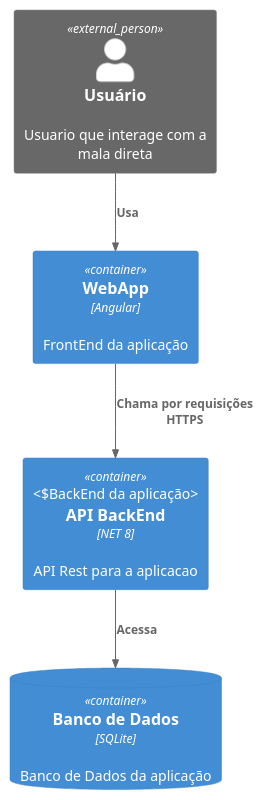
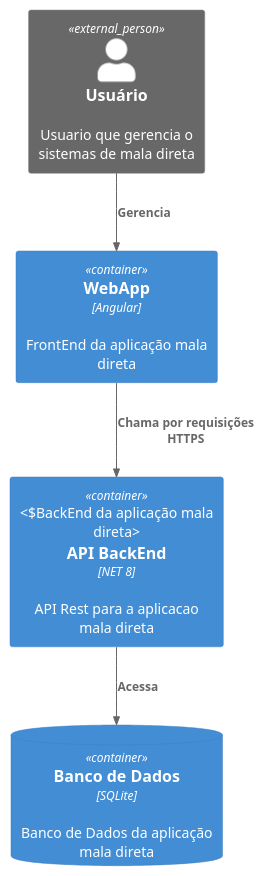
The diagram in docs/C4/Container.puml (samorysundjata/MalaDiretaCSharp), drawn with PlantUML before and after one commit. The commit also changed 1 other file, not shown here.

Commit message:
Diagramas atualizados

```diff
--- a/docs/C4/Container.puml
+++ b/docs/C4/Container.puml
@@ -1,15 +1,14 @@
 @startuml Maladireta-Container
 !includeurl https://raw.githubusercontent.com/plantuml-stdlib/C4-PlantUML/master/C4_Container.puml
 
-
-Person_Ext(usuario, "Usuário", "Usuario que interage com a mala direta")
-Container(webapp, "WebApp", "Angular", "FrontEnd da aplicação")
-Container(api, "API BackEnd", "NET 8", "API Rest para a aplicacao", "BackEnd da aplicação")
-ContainerDb(database, "Banco de Dados", "SQLite", "Banco de Dados da aplicação")
+Person_Ext(usuario, "Usuário", "Usuario que gerencia o sistemas de mala direta")
+Container(webapp, "WebApp", "Angular", "FrontEnd da aplicação mala direta")
+Container(api, "API BackEnd", "NET 8", "API Rest para a aplicacao mala direta", "BackEnd da aplicação mala direta")
+ContainerDb(database, "Banco de Dados", "SQLite", "Banco de Dados da aplicação mala direta")
 
 
-Rel(usuario, webapp, "Usa")
+Rel(usuario, webapp, "Gerencia")
 Rel(webapp, api, "Chama por requisições HTTPS")
 Rel(api, database, "Acessa")
 
 @enduml
```
